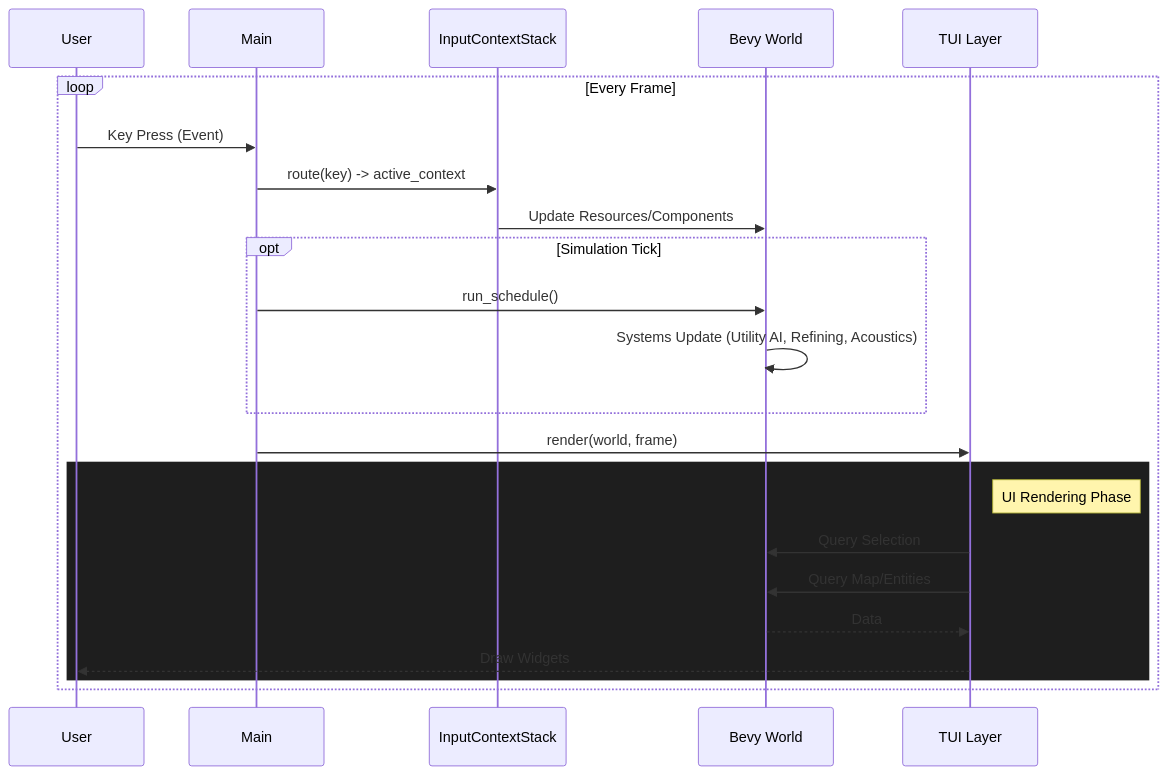
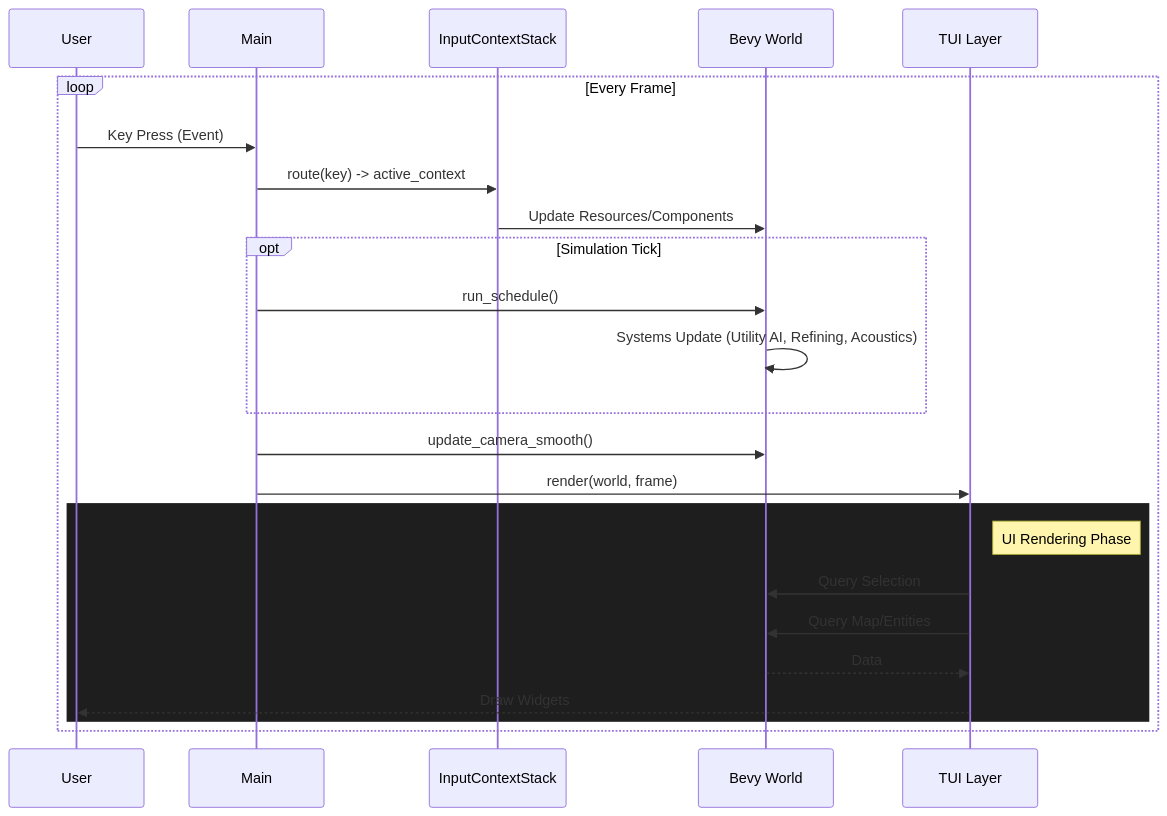
One commit to madmax983/project-zero changed the fourth of 7 diagrams in docs/architecture.md. Above: the diagram before and after it, drawn with Mermaid. The commit also changed other lines of this file and 3 other files, not shown here.

First line of the commit message:
feat(docs): add ADRs 018, 019, 020 and update architecture map

````diff
--- a/docs/architecture.md
+++ b/docs/architecture.md
@@ -100,29 +104,30 @@
 ```mermaid
 sequenceDiagram
     participant User
     participant Main
     participant Input as InputContextStack
     participant ECS as Bevy World
     participant UI as TUI Layer
 
     loop Every Frame
         User->>Main: Key Press (Event)
         Main->>Input: route(key) -> active_context
         Input->>ECS: Update Resources/Components
 
         opt Simulation Tick
             Main->>ECS: run_schedule()
             ECS->>ECS: Systems Update (Utility AI, Refining, Acoustics)
         end
 
+        Main->>ECS: update_camera_smooth()
         Main->>UI: render(world, frame)
 
         rect rgb(30, 30, 30)
             note right of UI: UI Rendering Phase
             UI->>ECS: Query Selection
             UI->>ECS: Query Map/Entities
             ECS-->>UI: Data
             UI-->>User: Draw Widgets
         end
     end
 ```
````
